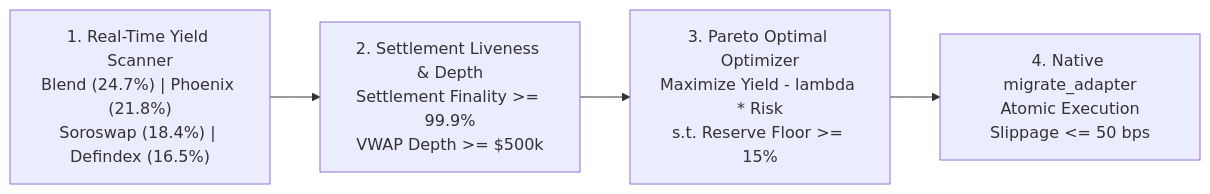
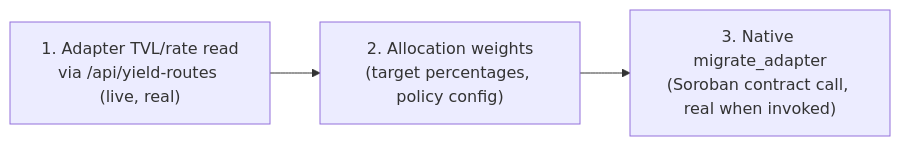
One commit to Hikari-St/hikari changed the third of 4 diagrams in docs/ARCHITECTURE.md. Above: the diagram before and after it, drawn with Mermaid. The commit also changed other lines of this file and 30 other files, not shown here.

````diff
--- a/docs/ARCHITECTURE.md
+++ b/docs/ARCHITECTURE.md
@@ -181,9 +178,8 @@
 ```mermaid
 flowchart LR
-    Scan["1. Real-Time Yield Scanner\nBlend (24.7%) | Phoenix (21.8%)\nSoroswap (18.4%) | Defindex (16.5%)"]
-    Filter["2. Settlement Liveness & Depth\nSettlement Finality >= 99.9%\nVWAP Depth >= $500k"]
-    Pareto["3. Pareto Optimal Optimizer\nMaximize Yield - lambda * Risk\ns.t. Reserve Floor >= 15%"]
-    Migrate["4. Native migrate_adapter\nAtomic Execution\nSlippage <= 50 bps"]
+    Scan["1. Adapter TVL/rate read\nvia /api/yield-routes (live, real)"]
+    Pareto["2. Allocation weights\n(target percentages, policy config)"]
+    Migrate["3. Native migrate_adapter\n(Soroban contract call, real when invoked)"]
 
-    Scan --> Filter --> Pareto --> Migrate
+    Scan --> Pareto --> Migrate
 ```
````
